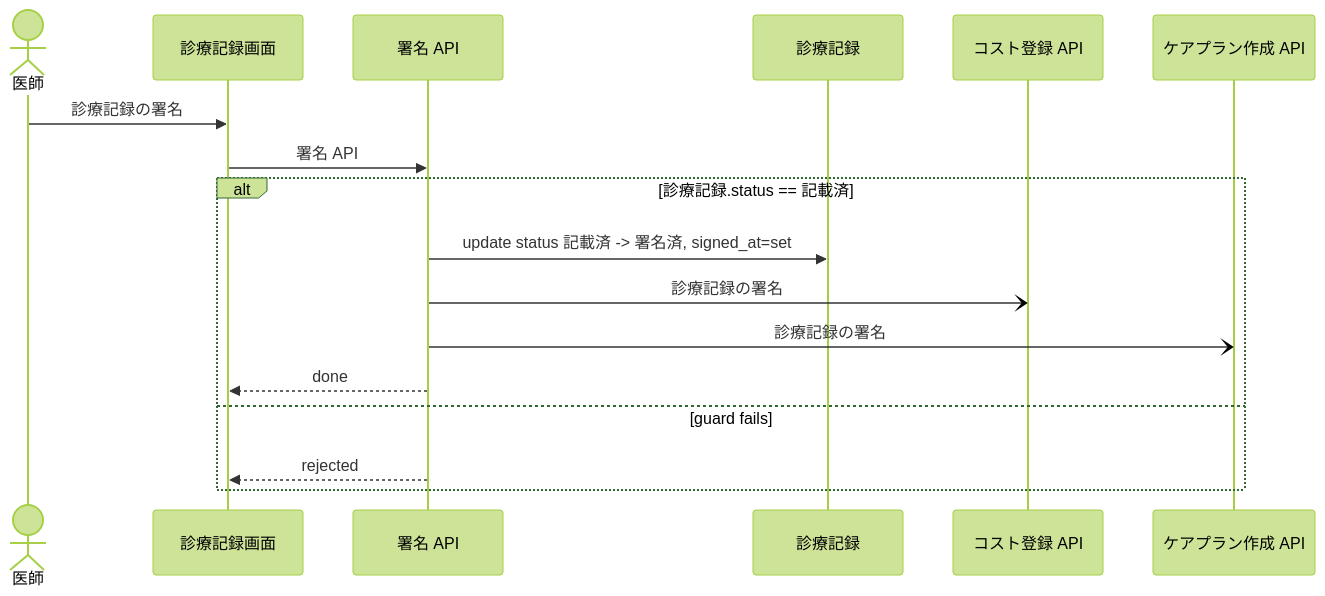
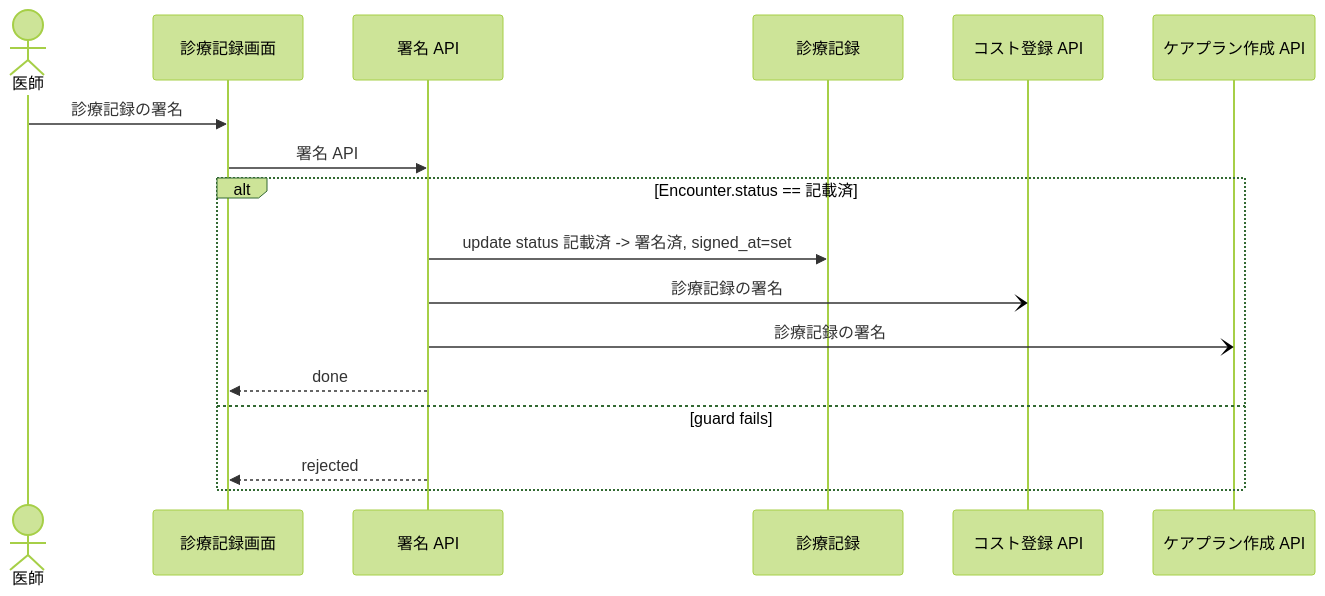
One commit to manji-0/rdra-ish-dsl changed the diagram in samples/clinic-ops/out/uc/sequence_SignEncounter.mmd. Above: the diagram before and after it, drawn with Mermaid (forest theme). The commit also changed 14 other files, not shown here.

```diff
--- a/samples/clinic-ops/out/uc/sequence_SignEncounter.mmd
+++ b/samples/clinic-ops/out/uc/sequence_SignEncounter.mmd
@@ -1,20 +1,20 @@
 %% rdra-ish diagram=sequence scope=usecase:SignEncounter model=samples/clinic-ops
 %% kinds: actor screen api entity
 %% omitted: buc step medium permission event
 sequenceDiagram
   actor actor__Clinician as 医師
   participant screen__EncounterWorkspaceScreen as 診療記録画面
   participant api__SignEncounterApi as 署名 API
   participant entity__Encounter as 診療記録
   participant api__CreateChargeApi as コスト登録 API
   participant api__CreateCarePlanApi as ケアプラン作成 API
   actor__Clinician ->> screen__EncounterWorkspaceScreen: 診療記録の署名
   screen__EncounterWorkspaceScreen ->> api__SignEncounterApi: 署名 API
-  alt 診療記録.status == 記載済
+  alt Encounter.status == 記載済
     api__SignEncounterApi ->> entity__Encounter: update status 記載済 -> 署名済, signed_at=set
     api__SignEncounterApi -) api__CreateChargeApi: 診療記録の署名
     api__SignEncounterApi -) api__CreateCarePlanApi: 診療記録の署名
     api__SignEncounterApi -->> screen__EncounterWorkspaceScreen: done
   else guard fails
     api__SignEncounterApi -->> screen__EncounterWorkspaceScreen: rejected
   end
```
